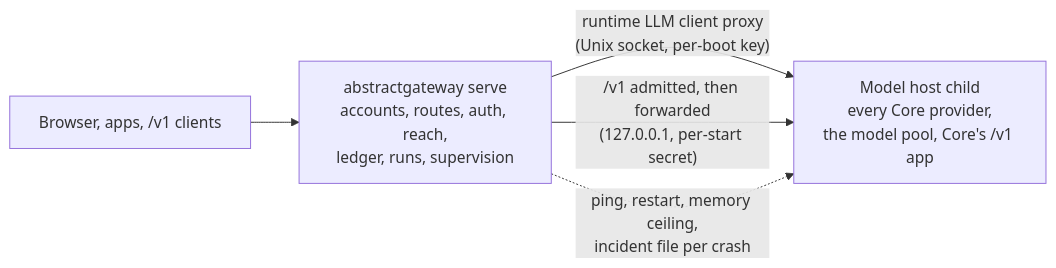
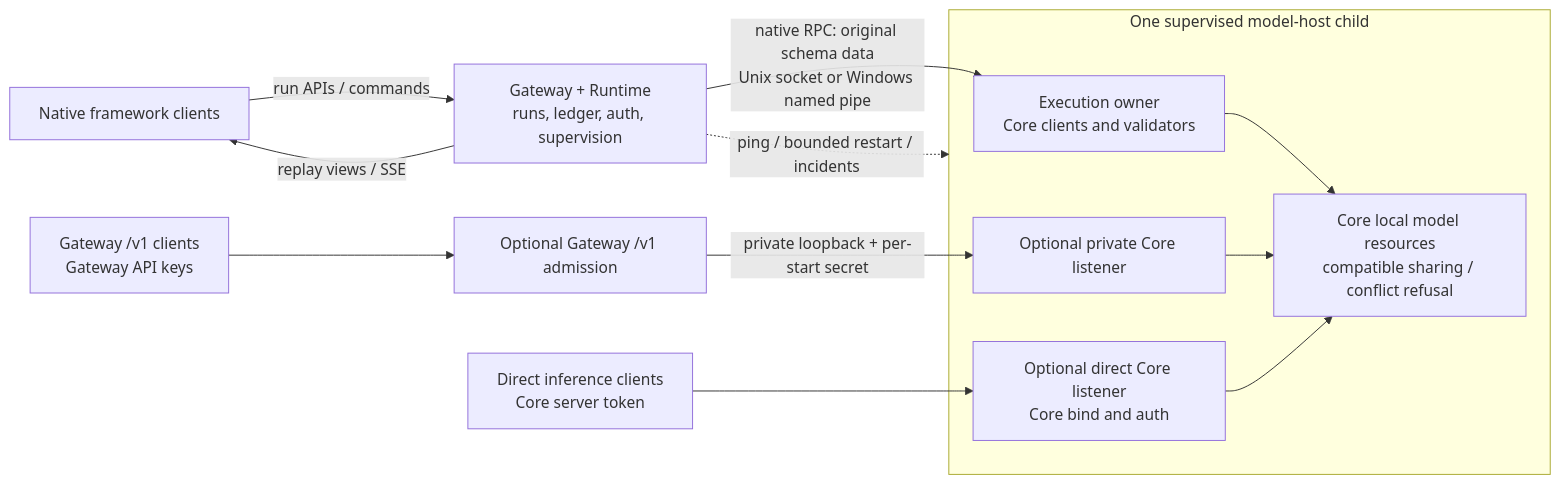
Before and after one commit to lpalbou/AbstractGateway: diagram 12 of 12 in docs/architecture.md, drawn with Mermaid. The commit also changed other lines of this file and 11 other files, not shown here.

Commit message:
Document native execution and optional Core HTTP boundaries

````diff
--- a/docs/architecture.md
+++ b/docs/architecture.md
@@ -835,7 +835,15 @@
 ```mermaid
 flowchart LR
-  Client["Browser, apps, /v1 clients"] --> GW["abstractgateway serve<br/>accounts, routes, auth, reach,<br/>ledger, runs, supervision"]
-  GW -->|"runtime LLM client proxy<br/>(Unix socket, per-boot key)"| MH["Model host child<br/>every Core provider,<br/>the model pool, Core's /v1 app"]
-  GW -->|"/v1 admitted, then forwarded<br/>(127.0.0.1, per-start secret)"| MH
-  GW -.->|"ping, restart, memory ceiling,<br/>incident file per crash"| MH
+  Native["Native framework clients"] -->|"run APIs / commands"| GW["Gateway + Runtime<br/>runs, ledger, auth, supervision"]
+  GW -->|"native RPC: original schema data<br/>Unix socket or Windows named pipe"| Exec["Execution owner<br/>Core clients and validators"]
+  GW -->|"replay views / SSE"| Native
+  Compat["Gateway /v1 clients<br/>Gateway API keys"] --> Legacy["Optional Gateway /v1 admission"]
+  Legacy -->|"private loopback + per-start secret"| PrivateHTTP["Optional private Core listener"]
+  Direct["Direct inference clients<br/>Core server token"] --> DirectHTTP["Optional direct Core listener<br/>Core bind and auth"]
+  subgraph MH["One supervised model-host child"]
+    Exec --> Resources["Core local model resources<br/>compatible sharing / conflict refusal"]
+    PrivateHTTP --> Resources
+    DirectHTTP --> Resources
+  end
+  GW -.->|"ping / bounded restart / incidents"| MH
 ```
````
